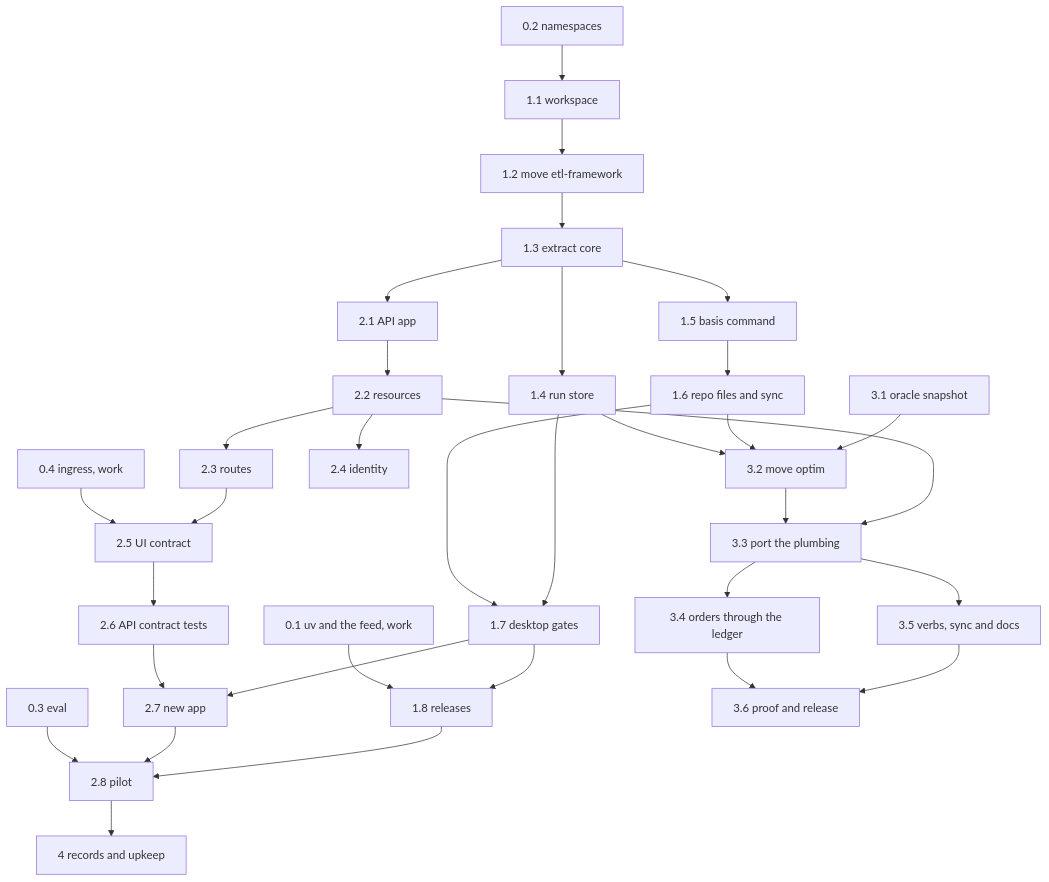
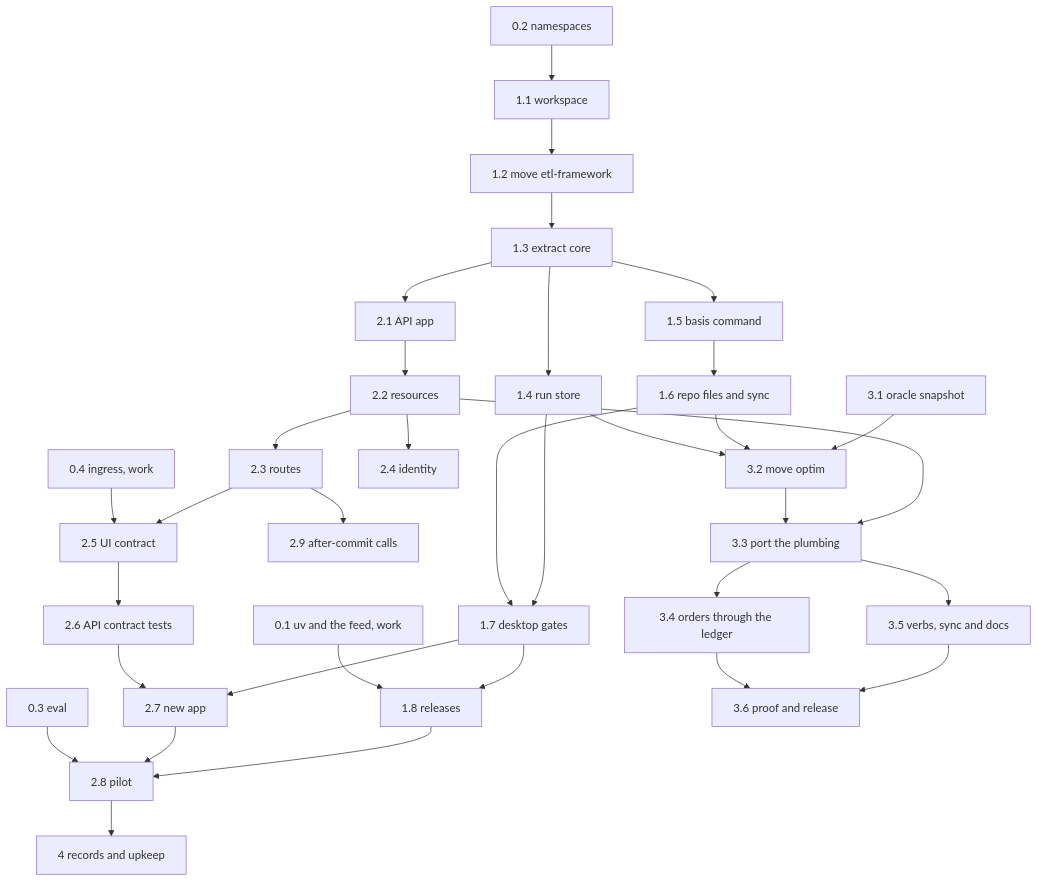
One commit to jacobragsdale/basis changed the diagram in docs/roadmap.md. Above: the diagram before and after it, drawn with Mermaid. The commit also changed other lines of this file and 2 other files, not shown here.

First line of the commit message:
The design of step 2.3, decided: decimals as strings and times with offsets, and calls to other services through an outbox, as step 2.9

````diff
--- a/docs/roadmap.md
+++ b/docs/roadmap.md
@@ -26,22 +26,23 @@
 ```mermaid
 flowchart TD
   s01[0.1 uv and the feed, work] --> r8[1.8 releases]
   s02[0.2 namespaces] --> r1[1.1 workspace]
   s03[0.3 eval] --> a8[2.8 pilot]
   s04[0.4 ingress, work] --> a5[2.5 UI contract]
   r1 --> r2[1.2 move etl-framework] --> r3[1.3 extract core]
   r3 --> r4[1.4 run store]
   r3 --> r5[1.5 basis command] --> r6[1.6 repo files and sync] --> r7[1.7 desktop gates]
   r4 --> r7
   r7 --> r8
   r3 --> a1[2.1 API app] --> a2[2.2 resources] --> a3[2.3 routes] --> a5 --> a6[2.6 API contract tests] --> a7[2.7 new app] --> a8
   a2 --> a4[2.4 identity]
+  a3 --> a9[2.9 after-commit calls]
   r7 --> a7
   r8 --> a8
   r4 --> o2[3.2 move optim]
   r6 --> o2
   o1[3.1 oracle snapshot] --> o2 --> o3[3.3 port the plumbing] --> o4[3.4 orders through the ledger] --> o6[3.6 proof and release]
   a2 --> o3
   o3 --> o5[3.5 verbs, sync and docs] --> o6
   a8 --> g[4 records and upkeep]
 ```
````
